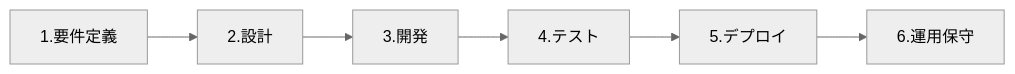
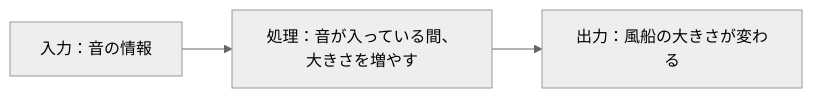
Before and after one commit to Creative-Cucumbers/co-creation-with-genai: the second of 3 diagrams in 2026/5_webapp_dev_with_ai2/readme.md, drawn with Mermaid (neutral theme). The commit also changed other lines of this file and 12 other files, not shown here.

````diff
--- a/2026/5_webapp_dev_with_ai2/readme.md
+++ b/2026/5_webapp_dev_with_ai2/readme.md
@@ -161,9 +348,5 @@
 ```mermaid
-graph LR
-    A[1.要件定義] --> B[2.設計]
-    B --> C[3.開発]
-    C --> D[4.テスト]
-    D --> E[5.デプロイ]
-    E --> F[6.運用保守]
-    
+flowchart LR
+  A[入力：音の情報] --> B[処理：音が入っている間、大きさを増やす]
+  B --> C[出力：風船の大きさが変わる]
 ```
````
